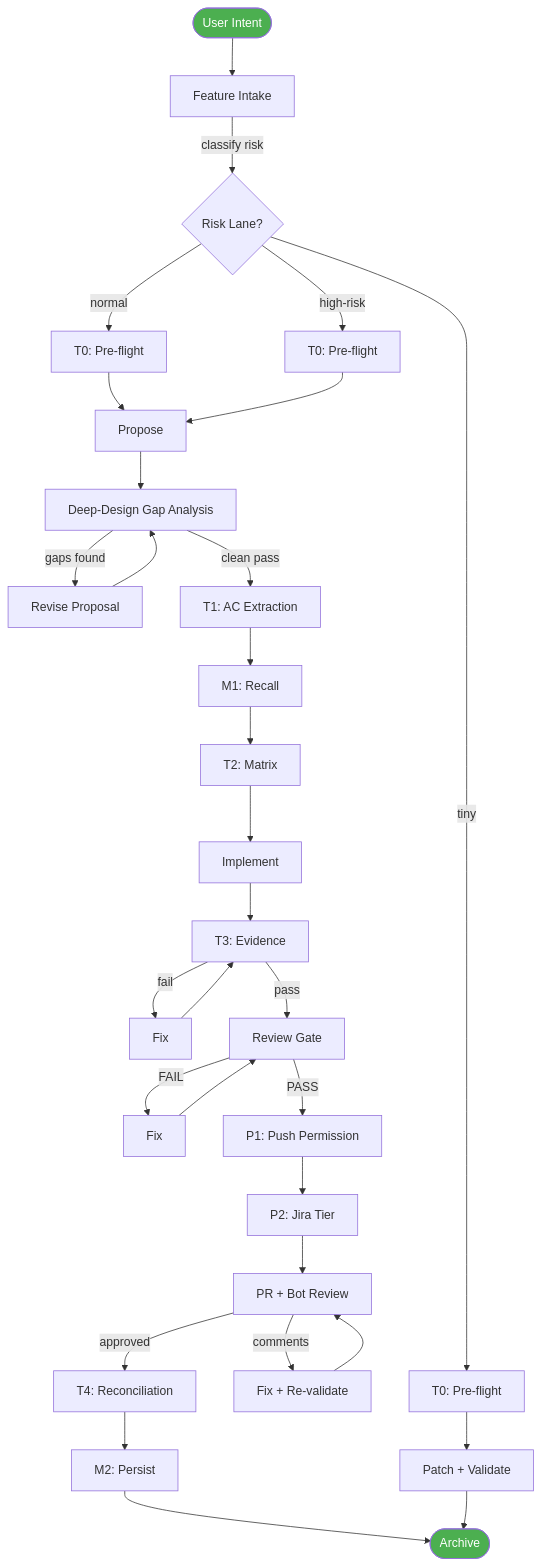
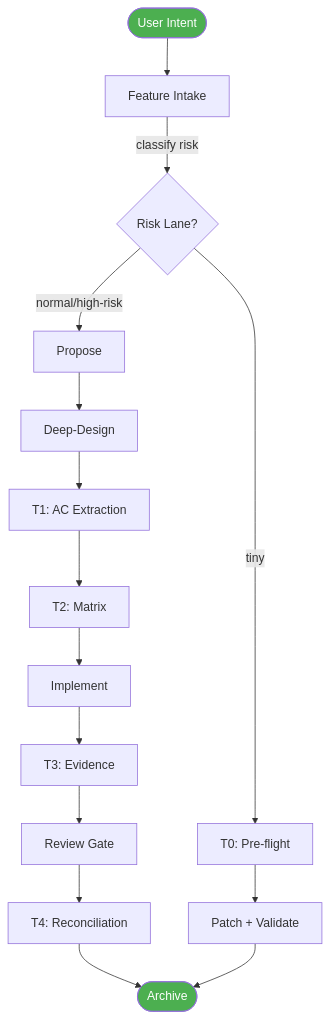
Before and after one commit to hoainho/janus: the first of 2 diagrams in README.md, drawn with Mermaid. The commit also changed other lines of this file and 1 other file, not shown here.

````diff
--- a/README.md
+++ b/README.md
@@ -111,41 +89,20 @@
 ```mermaid
 flowchart TD
     START([User Intent]) --> INTAKE[Feature Intake]
     INTAKE --> |classify risk| LANE{Risk Lane?}
-    
-    LANE --> |tiny| T0_TINY[T0: Pre-flight]
-    LANE --> |normal| T0_NORMAL[T0: Pre-flight]
-    LANE --> |high-risk| T0_HIGH[T0: Pre-flight]
-    
-    T0_TINY --> PATCH[Patch + Validate]
-    T0_NORMAL --> PROPOSE[Propose]
-    T0_HIGH --> PROPOSE
-    
-    PROPOSE --> DEEP[Deep-Design Gap Analysis]
-    DEEP --> |gaps found| REVISE[Revise Proposal]
-    REVISE --> DEEP
-    DEEP --> |clean pass| T1[T1: AC Extraction]
-    
-    T1 --> M1[M1: Recall]
-    M1 --> T2[T2: Matrix]
+    LANE --> |tiny| T0[T0: Pre-flight]
+    LANE --> |normal/high-risk| PROPOSE[Propose]
+    T0 --> PATCH[Patch + Validate]
+    PROPOSE --> DEEP[Deep-Design]
+    DEEP --> T1[T1: AC Extraction]
+    T1 --> T2[T2: Matrix]
     T2 --> IMPLEMENT[Implement]
     IMPLEMENT --> T3[T3: Evidence]
-    T3 --> |fail| FIX[Fix]
-    FIX --> T3
-    T3 --> |pass| REVIEW[Review Gate]
-    REVIEW --> |FAIL| FIX_REVIEW[Fix]
-    FIX_REVIEW --> REVIEW
-    REVIEW --> |PASS| P1[P1: Push Permission]
-    P1 --> P2[P2: Jira Tier]
-    P2 --> PR[PR + Bot Review]
-    PR --> |comments| FIX_PR[Fix + Re-validate]
-    FIX_PR --> PR
-    PR --> |approved| T4[T4: Reconciliation]
-    T4 --> M2[M2: Persist]
-    M2 --> ARCHIVE([Archive])
-    
+    T3 --> REVIEW[Review Gate]
+    REVIEW --> T4[T4: Reconciliation]
+    T4 --> ARCHIVE([Archive])
     PATCH --> ARCHIVE
     
     style START fill:#4CAF50,color:#fff
     style ARCHIVE fill:#4CAF50,color:#fff
 ```
````
